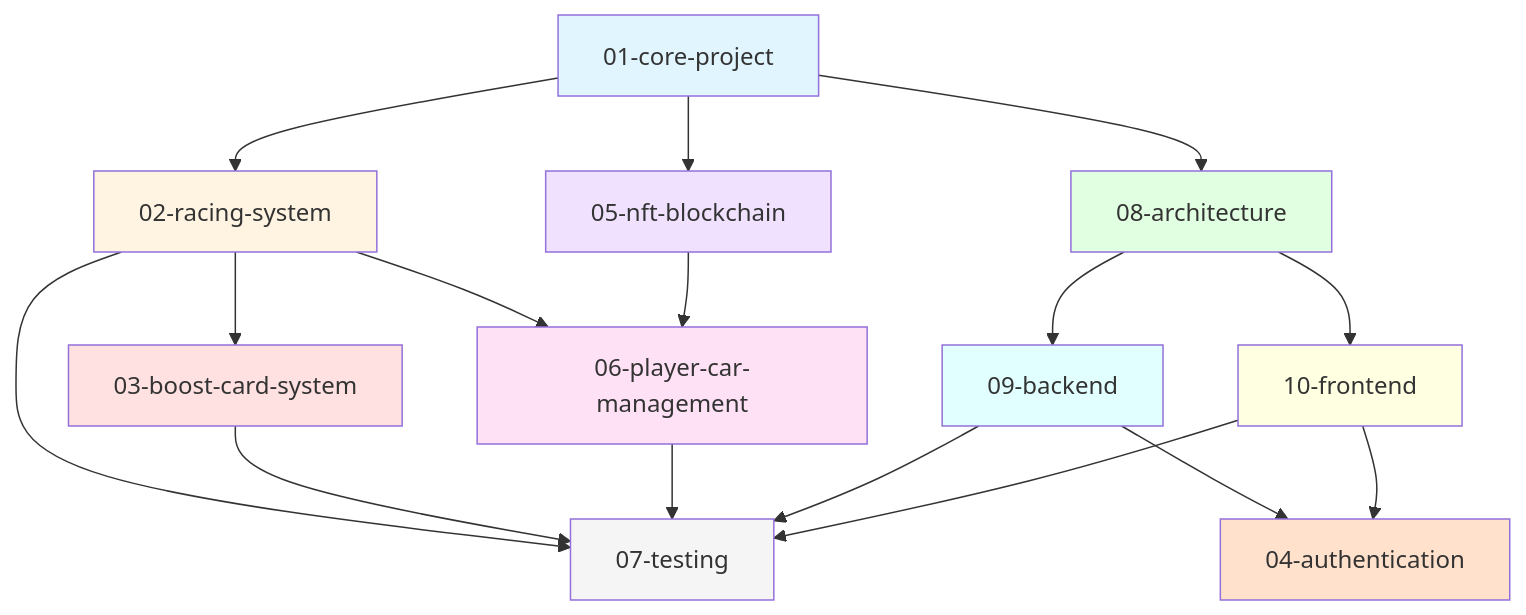
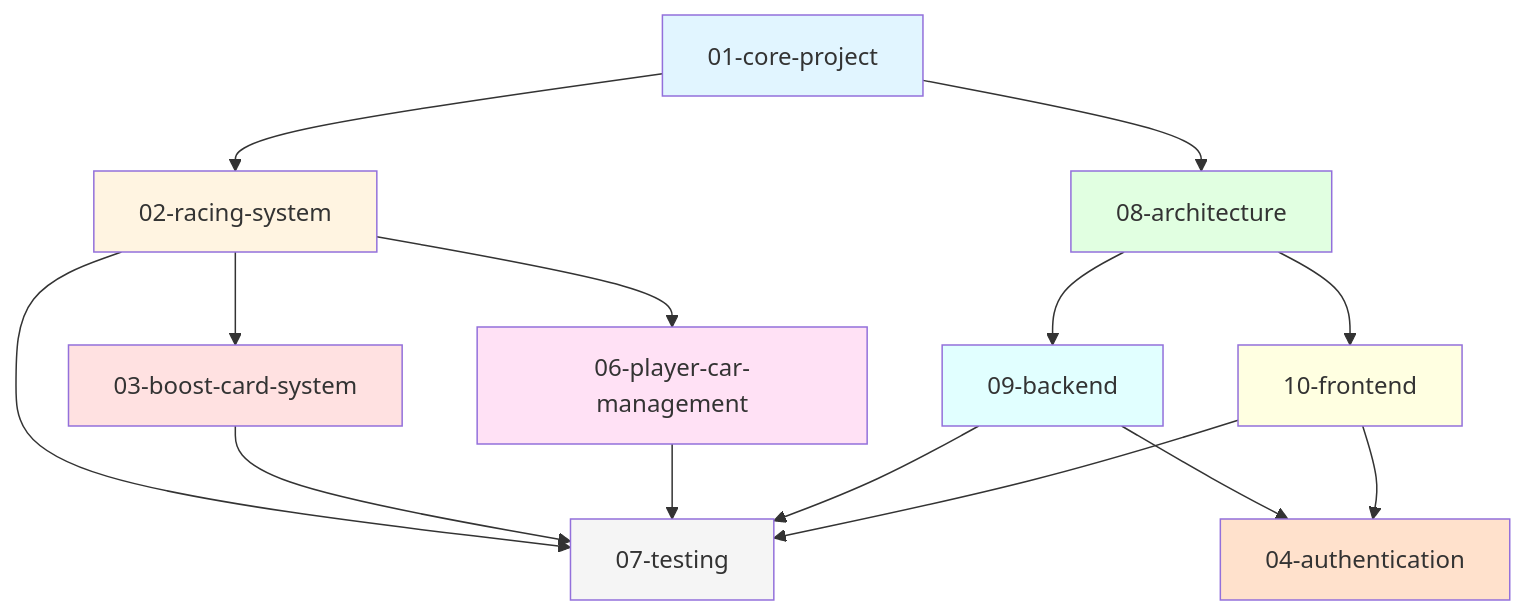
Before and after one commit to nostroyo/Boardurance: the diagram in docs/STRUCTURE_DIAGRAM.md, drawn with Mermaid. The commit also changed other lines of this file and 127 other files, not shown here.

````diff
--- a/docs/STRUCTURE_DIAGRAM.md
+++ b/docs/STRUCTURE_DIAGRAM.md
@@ -127,34 +118,30 @@
 ```mermaid
 graph TD
     A[01-core-project] --> B[02-racing-system]
-    A --> C[05-nft-blockchain]
     A --> D[08-architecture]
     
     B --> E[03-boost-card-system]
     B --> F[06-player-car-management]
-    
-    C --> F
     
     D --> G[09-backend]
     D --> H[10-frontend]
     
     G --> I[04-authentication]
     H --> I
     
     B --> J[07-testing]
     E --> J
     F --> J
     G --> J
     H --> J
     
     style A fill:#e1f5ff
     style B fill:#fff4e1
-    style C fill:#f0e1ff
     style D fill:#e1ffe1
     style E fill:#ffe1e1
     style F fill:#ffe1f5
     style G fill:#e1ffff
     style H fill:#ffffe1
     style I fill:#ffe1cc
     style J fill:#f5f5f5
 ```
````
